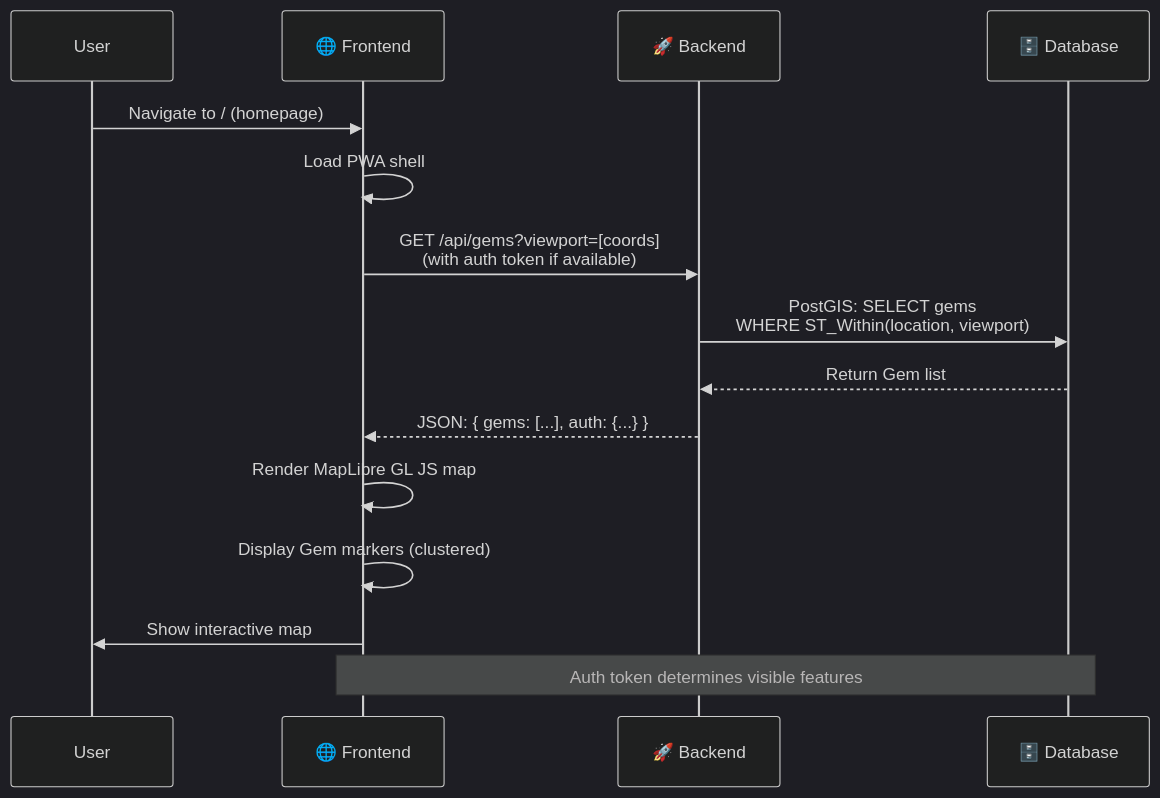
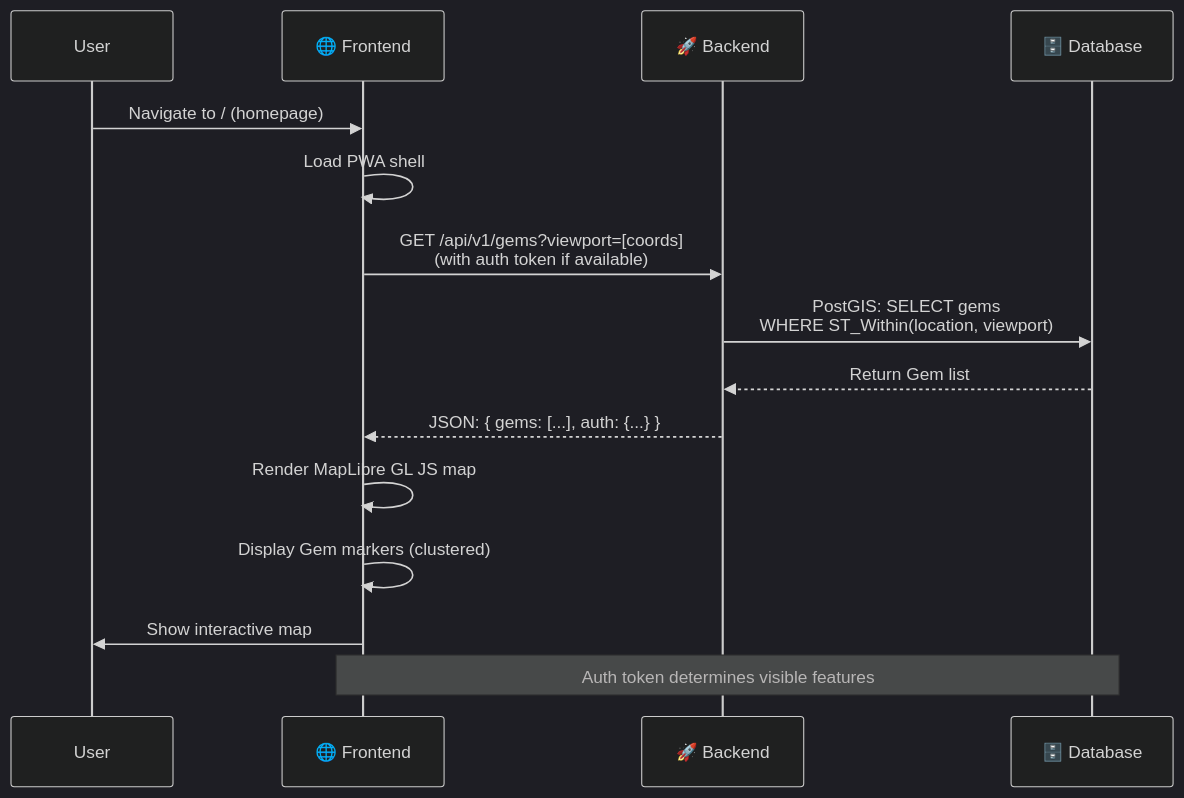
The second of 11 diagrams in docs/system-design.md (jlescarlan11/krawl), drawn with Mermaid (dark theme) before and after one commit. The commit also changed other lines of this file and 40 other files, not shown here.

````diff
--- a/docs/system-design.md
+++ b/docs/system-design.md
@@ -121,19 +121,19 @@
 ```mermaid
 sequenceDiagram
     participant User
     participant FE as 🌐 Frontend
     participant BE as 🚀 Backend
     participant DB as 🗄️ Database
     
     User->>FE: Navigate to / (homepage)
     FE->>FE: Load PWA shell
-    FE->>BE: GET /api/gems?viewport=[coords]<br/>(with auth token if available)
+    FE->>BE: GET /api/v1/gems?viewport=[coords]<br/>(with auth token if available)
     BE->>DB: PostGIS: SELECT gems<br/>WHERE ST_Within(location, viewport)
     DB-->>BE: Return Gem list
     BE-->>FE: JSON: { gems: [...], auth: {...} }
     FE->>FE: Render MapLibre GL JS map
     FE->>FE: Display Gem markers (clustered)
     FE->>User: Show interactive map
     
     Note over FE,DB: Auth token determines visible features
 ```
````
